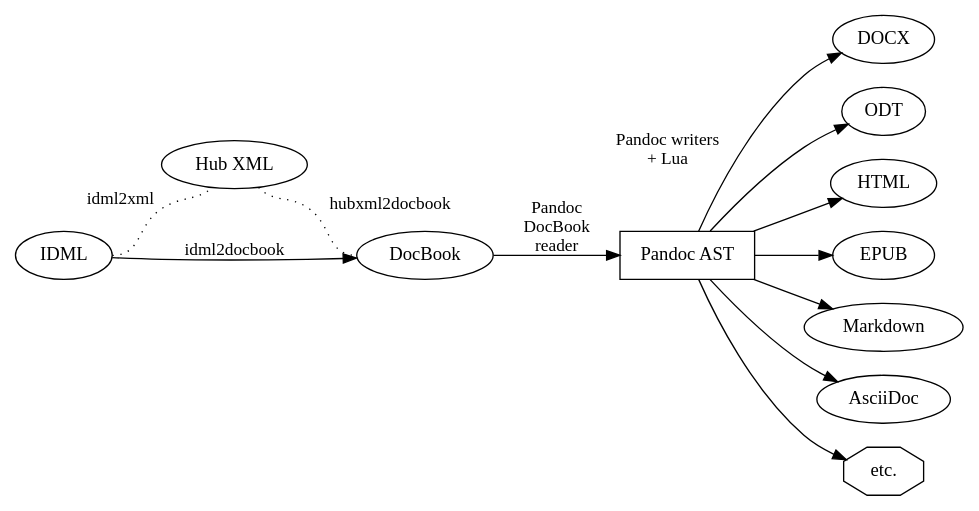
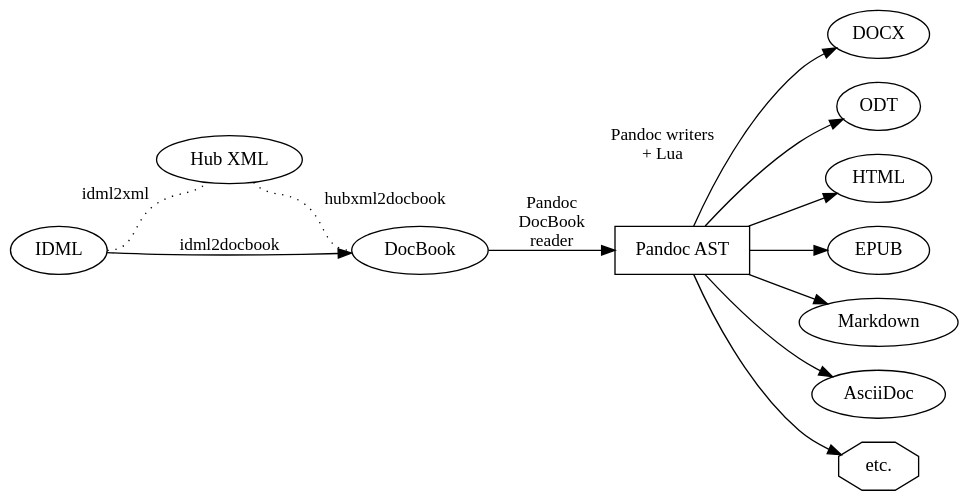
Before and after one commit to yanntrividic/idml-pandoc-reader: the diagram in docs/source/conversions.dot, drawn with Graphviz. The commit also changed 2 other files, not shown here.

Commit message:
transparent background back on

```diff
--- a/docs/source/conversions.dot
+++ b/docs/source/conversions.dot
@@ -1,17 +1,17 @@
 digraph conversions {
-    // bgcolor="transparent"
+    bgcolor="transparent"
     rankdir="LR"
     p [shape=box label="Pandoc AST"]
     "IDML":e -> "Hub XML":sw [xlabel="\nidml2xml" style="dotted" fontsize=13 arrowhead=none];
     "Hub XML":se -> "DocBook":w [xlabel="\nhubxml2docbook" style="dotted" fontsize=13 arrowhead=none];
     "IDML" -> "DocBook" [label="\n\nidml2docbook" labelloc="b" fontsize=13];
     "DocBook" -> p [label="Pandoc\nDocBook\nreader" fontsize=13];
     p -> "DOCX" [xlabel="Pandoc writers    \n + Lua    " fontsize=13];
     p -> "ODT";
     p -> "HTML";
     p -> "EPUB";
     p -> "Markdown";
     p -> "AsciiDoc";
     etc [shape=octagon label="etc."]
     p -> etc;
 }
```
